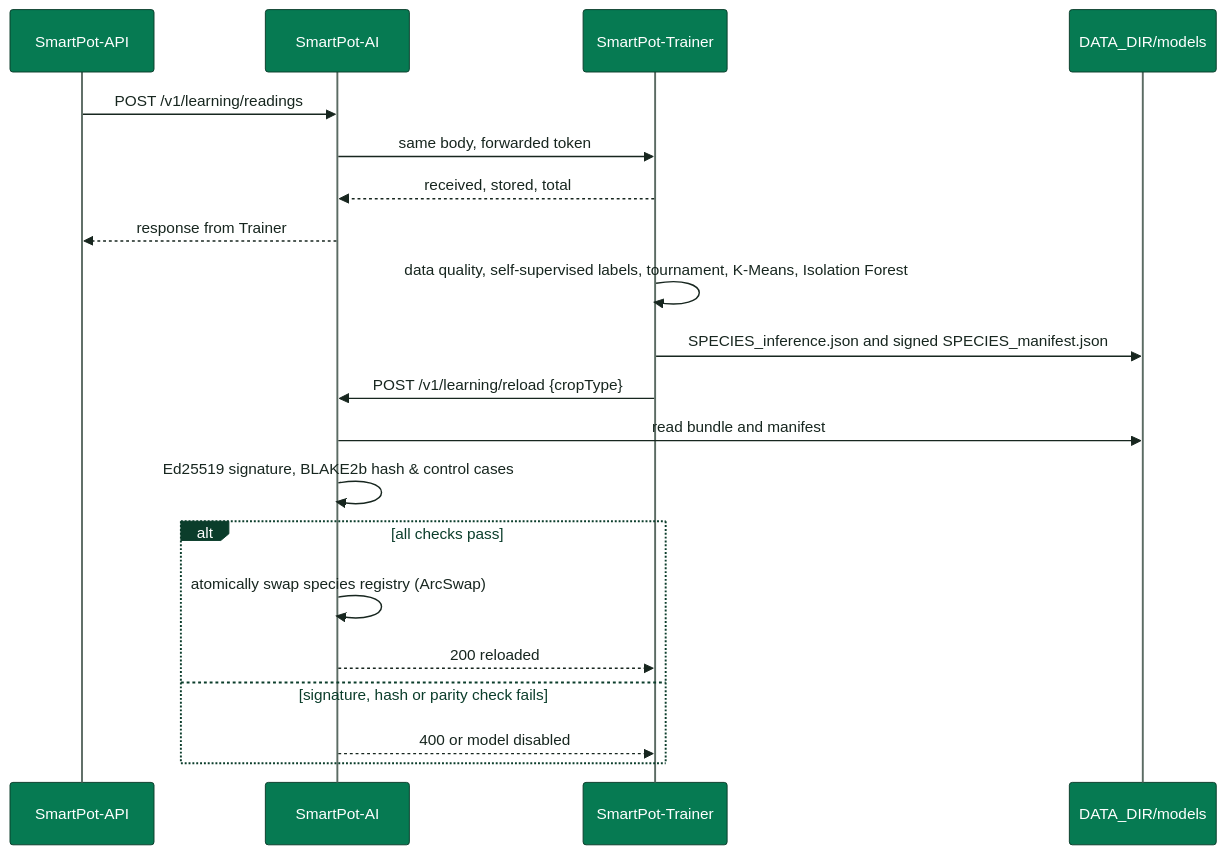
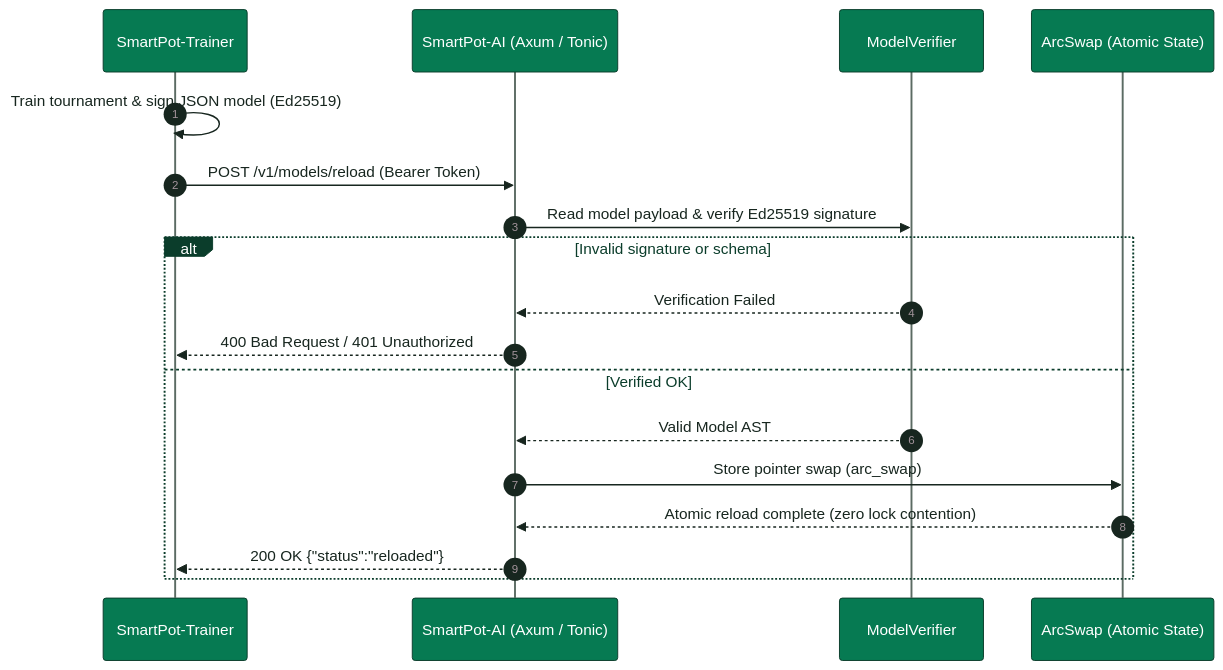
Before and after one commit to SmartPotTech/SmartPot-AI: the third of 3 diagrams in docs/SmartPot_IA_Rust_Documentation.md, drawn with Mermaid. The commit also changed other lines of this file and 11 other files, not shown here.

Commit message:
docs(specs): synchronize 100% english documentation, diagrams, and formal deliverables

````diff
--- a/docs/SmartPot_IA_Rust_Documentation.md
+++ b/docs/SmartPot_IA_Rust_Documentation.md
@@ -166,23 +149,21 @@
 ```mermaid
 %%{init: {"theme": "base", "fontFamily": "Segoe UI, Arial, sans-serif", "themeVariables": {"fontFamily": "Segoe UI, Arial, sans-serif", "fontSize": "15px", "primaryColor": "#DDF5EA", "primaryTextColor": "#17261F", "primaryBorderColor": "#067A52", "secondaryColor": "#E3F2FB", "secondaryTextColor": "#17261F", "secondaryBorderColor": "#1F6FA0", "tertiaryColor": "#F2F7F4", "tertiaryTextColor": "#17261F", "tertiaryBorderColor": "#D5E3DC", "lineColor": "#5B6B63", "textColor": "#17261F", "mainBkg": "#DDF5EA", "nodeBorder": "#067A52", "clusterBkg": "#F7FAF8", "clusterBorder": "#D5E3DC", "edgeLabelBackground": "#FFFFFF", "actorBkg": "#067A52", "actorBorder": "#0B3D2B", "actorTextColor": "#FFFFFF", "actorLineColor": "#5B6B63", "signalColor": "#17261F", "signalTextColor": "#17261F", "labelBoxBkgColor": "#0B3D2B", "labelBoxBorderColor": "#0B3D2B", "labelTextColor": "#FFFFFF", "loopTextColor": "#0B3D2B", "noteBkgColor": "#FDF4DD", "noteBorderColor": "#C98D12", "noteTextColor": "#17261F", "activationBkgColor": "#DDF5EA", "activationBorderColor": "#067A52", "attributeBackgroundColorOdd": "#FFFFFF", "attributeBackgroundColorEven": "#F2F7F4"}}}%%
 sequenceDiagram
-  participant API as SmartPot-API
-  participant IA as SmartPot-AI
-  participant Trainer as SmartPot-Trainer
-  participant Folder as DATA_DIR/models
-  API->>IA: POST /v1/learning/readings
-  IA->>Trainer: same body, forwarded token
-  Trainer-->>IA: received, stored, total
-  IA-->>API: response from Trainer
-  Trainer->>Trainer: data quality, self-supervised labels, tournament, K-Means, Isolation Forest
-  Trainer->>Folder: SPECIES_inference.json and signed SPECIES_manifest.json
-  Trainer->>IA: POST /v1/learning/reload {cropType}
-  IA->>Folder: read bundle and manifest
-  IA->>IA: Ed25519 signature, BLAKE2b hash & control cases
-  alt all checks pass
-    IA->>IA: atomically swap species registry (ArcSwap)
-    IA-->>Trainer: 200 reloaded
-  else signature, hash or parity check fails
-    IA-->>Trainer: 400 or model disabled
+  autonumber
+  participant T as SmartPot-Trainer
+  participant AI as SmartPot-AI (Axum / Tonic)
+  participant V as ModelVerifier
+  participant S as ArcSwap (Atomic State)
+  T->>T: Train tournament & sign JSON model (Ed25519)
+  T->>AI: POST /v1/models/reload (Bearer Token)
+  AI->>V: Read model payload & verify Ed25519 signature
+  alt Invalid signature or schema
+    V-->>AI: Verification Failed
+    AI-->>T: 400 Bad Request / 401 Unauthorized
+  else Verified OK
+    V-->>AI: Valid Model AST
+    AI->>S: Store pointer swap (arc_swap)
+    S-->>AI: Atomic reload complete (zero lock contention)
+    AI-->>T: 200 OK {"status":"reloaded"}
   end
 ```
````
